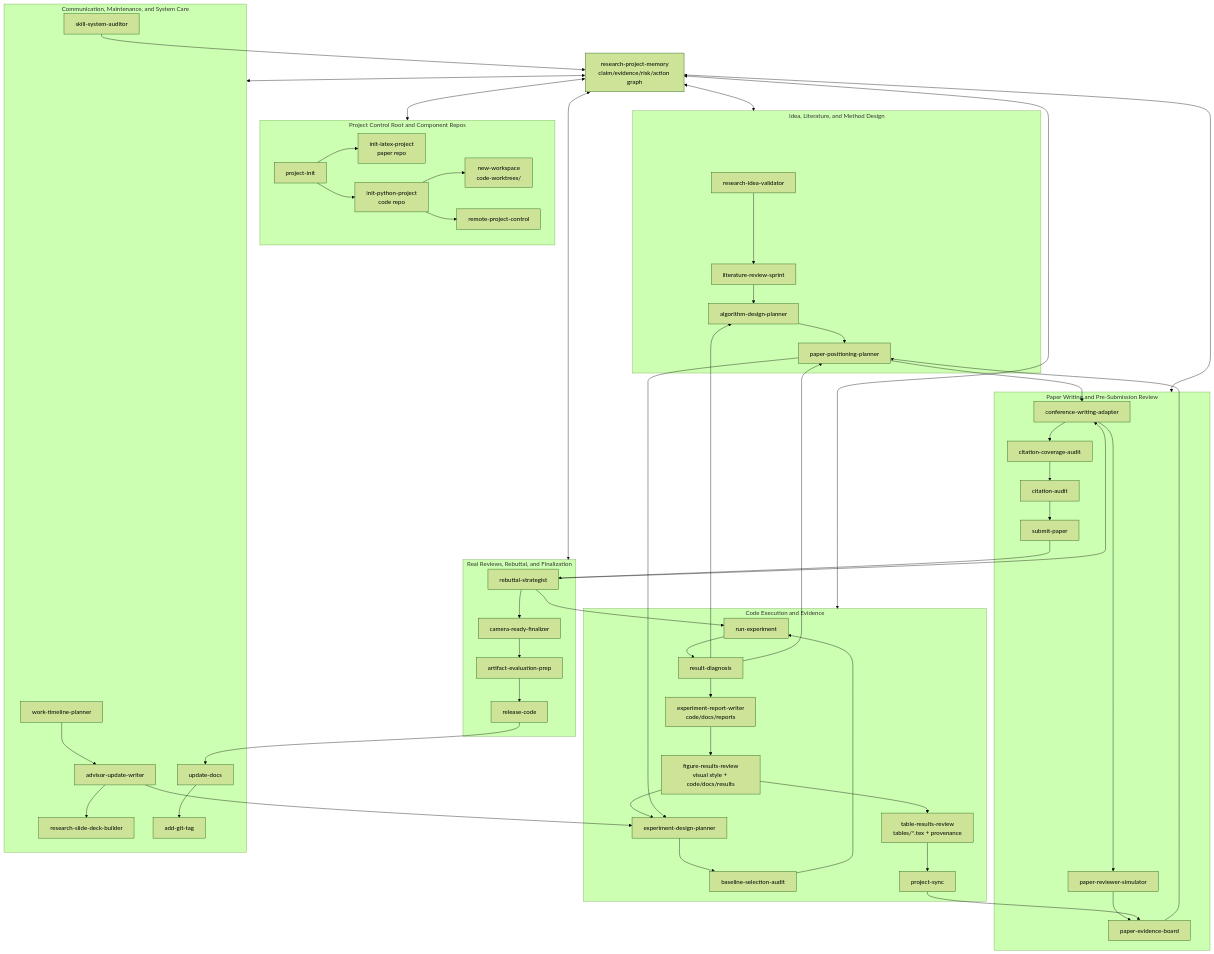
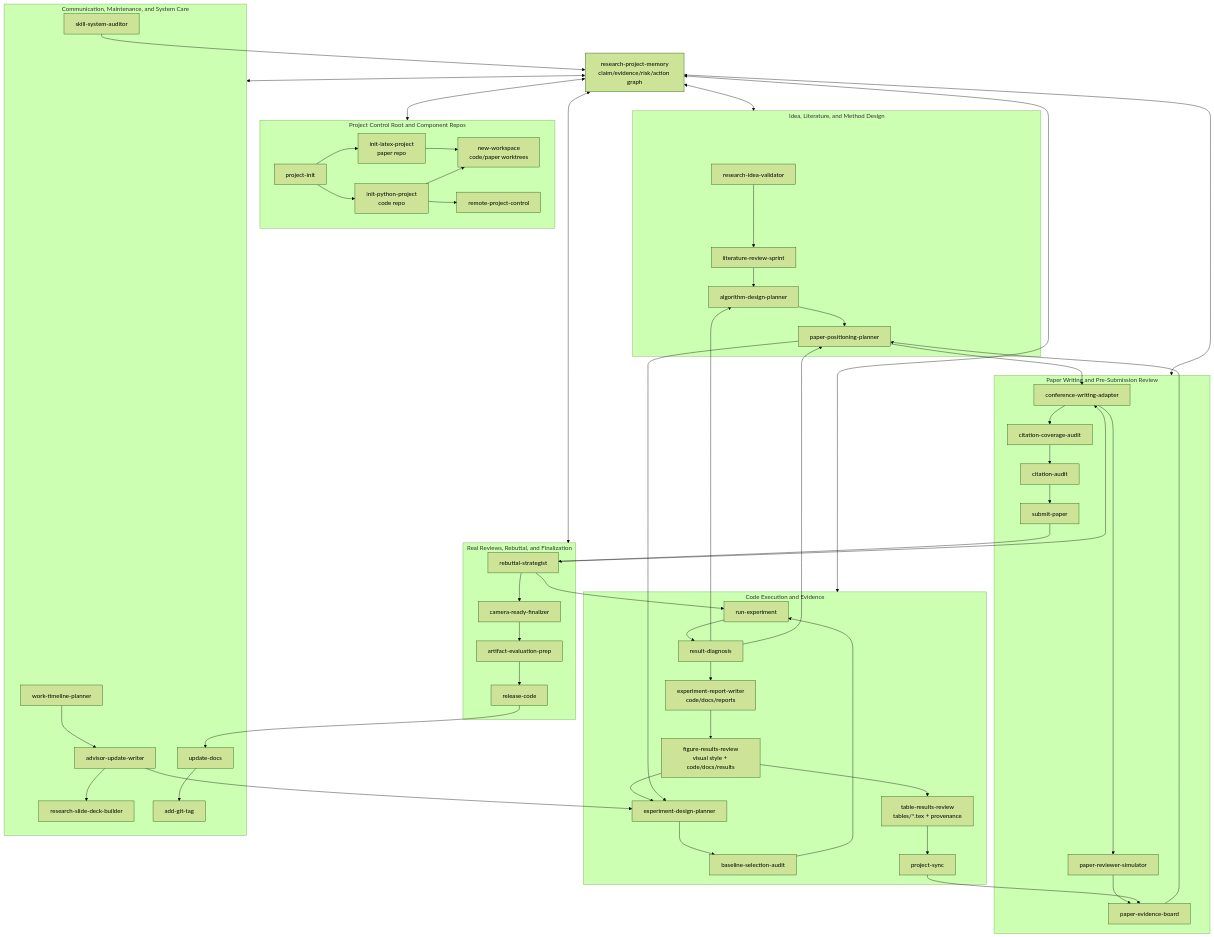
Before and after one commit to a-green-hand-jack/ml-research-skills: the diagram in README.md, drawn with Mermaid (forest theme). The commit also changed other lines of this file and 16 other files, not shown here.

```diff
--- a/README.md
+++ b/README.md
@@ -282,10 +314,11 @@
         PI[project-init]
         LP[init-latex-project<br/>paper repo]
         CP[init-python-project<br/>code repo]
-        NW[new-workspace<br/>code-worktrees/]
+        NW[new-workspace<br/>code/paper worktrees]
         RPC[remote-project-control]
         PI --> LP
         PI --> CP
+        LP --> NW
         CP --> NW
         CP --> RPC
     end
```
